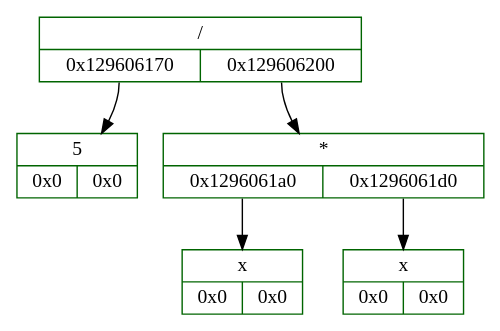
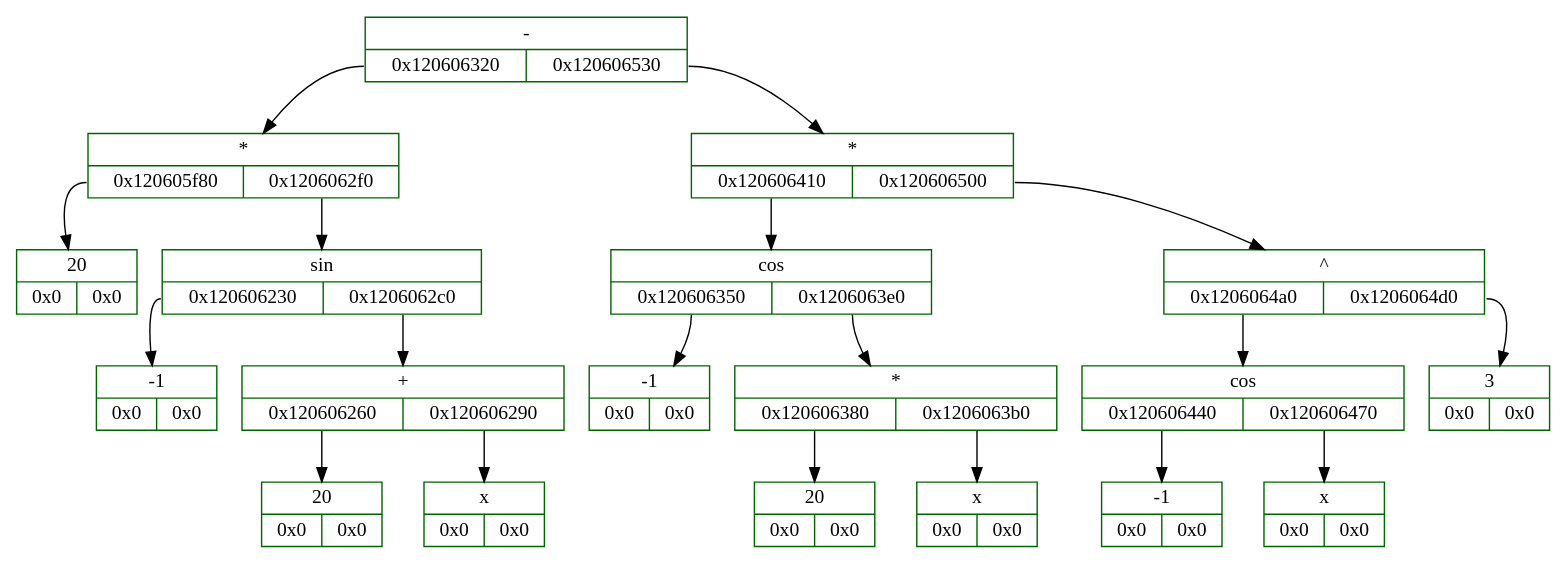
One commit to whiterno/differentiator changed the diagram in log/dump.dot. Above: the diagram before and after it, drawn with Graphviz. The commit also changed 19 other files, not shown here.

```diff
--- a/log/dump.dot
+++ b/log/dump.dot
@@ -1,13 +1,41 @@
 digraph D{
 	rankdir = TB
 
-	node_4989149792 [color = "darkgreen", style = "filled", shape = "record", fillcolor = "white", label = "{ /  | {<fl4989149792> 0x129606170 | <fr4989149792> 0x129606200}}"]
-	node_4989149792: <fl4989149792> -> node_4989149552 [color = "black", arrowhead = "normal", label = ""]
-	node_4989149552 [color = "darkgreen", style = "filled", shape = "record", fillcolor = "white", label = "{5  | {<fl4989149552> 0x0 | <fr4989149552> 0x0}}"]
-	node_4989149792: <fr4989149792> -> node_4989149696 [color = "black", arrowhead = "normal", label = ""]
-	node_4989149696 [color = "darkgreen", style = "filled", shape = "record", fillcolor = "white", label = "{ *  | {<fl4989149696> 0x1296061a0 | <fr4989149696> 0x1296061d0}}"]
-	node_4989149696: <fl4989149696> -> node_4989149600 [color = "black", arrowhead = "normal", label = ""]
-	node_4989149600 [color = "darkgreen", style = "filled", shape = "record", fillcolor = "white", label = "{x  | {<fl4989149600> 0x0 | <fr4989149600> 0x0}}"]
-	node_4989149696: <fr4989149696> -> node_4989149648 [color = "black", arrowhead = "normal", label = ""]
-	node_4989149648 [color = "darkgreen", style = "filled", shape = "record", fillcolor = "white", label = "{x  | {<fl4989149648> 0x0 | <fr4989149648> 0x0}}"]
+	node_4838155616 [color = "darkgreen", style = "filled", shape = "record", fillcolor = "white", label = "{ -  | {<fl4838155616> 0x120606320 | <fr4838155616> 0x120606530}}"]
+	node_4838155616: <fl4838155616> -> node_4838155040 [color = "black", arrowhead = "normal", label = ""]
+	node_4838155040 [color = "darkgreen", style = "filled", shape = "record", fillcolor = "white", label = "{ *  | {<fl4838155040> 0x120605f80 | <fr4838155040> 0x1206062f0}}"]
+	node_4838155040: <fl4838155040> -> node_4838154112 [color = "black", arrowhead = "normal", label = ""]
+	node_4838154112 [color = "darkgreen", style = "filled", shape = "record", fillcolor = "white", label = "{20  | {<fl4838154112> 0x0 | <fr4838154112> 0x0}}"]
+	node_4838155040: <fr4838155040> -> node_4838154992 [color = "black", arrowhead = "normal", label = ""]
+	node_4838154992 [color = "darkgreen", style = "filled", shape = "record", fillcolor = "white", label = "{ sin  | {<fl4838154992> 0x120606230 | <fr4838154992> 0x1206062c0}}"]
+	node_4838154992: <fl4838154992> -> node_4838154800 [color = "black", arrowhead = "normal", label = ""]
+	node_4838154800 [color = "darkgreen", style = "filled", shape = "record", fillcolor = "white", label = "{-1  | {<fl4838154800> 0x0 | <fr4838154800> 0x0}}"]
+	node_4838154992: <fr4838154992> -> node_4838154944 [color = "black", arrowhead = "normal", label = ""]
+	node_4838154944 [color = "darkgreen", style = "filled", shape = "record", fillcolor = "white", label = "{ +  | {<fl4838154944> 0x120606260 | <fr4838154944> 0x120606290}}"]
+	node_4838154944: <fl4838154944> -> node_4838154848 [color = "black", arrowhead = "normal", label = ""]
+	node_4838154848 [color = "darkgreen", style = "filled", shape = "record", fillcolor = "white", label = "{20  | {<fl4838154848> 0x0 | <fr4838154848> 0x0}}"]
+	node_4838154944: <fr4838154944> -> node_4838154896 [color = "black", arrowhead = "normal", label = ""]
+	node_4838154896 [color = "darkgreen", style = "filled", shape = "record", fillcolor = "white", label = "{x  | {<fl4838154896> 0x0 | <fr4838154896> 0x0}}"]
+	node_4838155616: <fr4838155616> -> node_4838155568 [color = "black", arrowhead = "normal", label = ""]
+	node_4838155568 [color = "darkgreen", style = "filled", shape = "record", fillcolor = "white", label = "{ *  | {<fl4838155568> 0x120606410 | <fr4838155568> 0x120606500}}"]
+	node_4838155568: <fl4838155568> -> node_4838155280 [color = "black", arrowhead = "normal", label = ""]
+	node_4838155280 [color = "darkgreen", style = "filled", shape = "record", fillcolor = "white", label = "{ cos  | {<fl4838155280> 0x120606350 | <fr4838155280> 0x1206063e0}}"]
+	node_4838155280: <fl4838155280> -> node_4838155088 [color = "black", arrowhead = "normal", label = ""]
+	node_4838155088 [color = "darkgreen", style = "filled", shape = "record", fillcolor = "white", label = "{-1  | {<fl4838155088> 0x0 | <fr4838155088> 0x0}}"]
+	node_4838155280: <fr4838155280> -> node_4838155232 [color = "black", arrowhead = "normal", label = ""]
+	node_4838155232 [color = "darkgreen", style = "filled", shape = "record", fillcolor = "white", label = "{ *  | {<fl4838155232> 0x120606380 | <fr4838155232> 0x1206063b0}}"]
+	node_4838155232: <fl4838155232> -> node_4838155136 [color = "black", arrowhead = "normal", label = ""]
+	node_4838155136 [color = "darkgreen", style = "filled", shape = "record", fillcolor = "white", label = "{20  | {<fl4838155136> 0x0 | <fr4838155136> 0x0}}"]
+	node_4838155232: <fr4838155232> -> node_4838155184 [color = "black", arrowhead = "normal", label = ""]
+	node_4838155184 [color = "darkgreen", style = "filled", shape = "record", fillcolor = "white", label = "{x  | {<fl4838155184> 0x0 | <fr4838155184> 0x0}}"]
+	node_4838155568: <fr4838155568> -> node_4838155520 [color = "black", arrowhead = "normal", label = ""]
+	node_4838155520 [color = "darkgreen", style = "filled", shape = "record", fillcolor = "white", label = "{ ^  | {<fl4838155520> 0x1206064a0 | <fr4838155520> 0x1206064d0}}"]
+	node_4838155520: <fl4838155520> -> node_4838155424 [color = "black", arrowhead = "normal", label = ""]
+	node_4838155424 [color = "darkgreen", style = "filled", shape = "record", fillcolor = "white", label = "{ cos  | {<fl4838155424> 0x120606440 | <fr4838155424> 0x120606470}}"]
+	node_4838155424: <fl4838155424> -> node_4838155328 [color = "black", arrowhead = "normal", label = ""]
+	node_4838155328 [color = "darkgreen", style = "filled", shape = "record", fillcolor = "white", label = "{-1  | {<fl4838155328> 0x0 | <fr4838155328> 0x0}}"]
+	node_4838155424: <fr4838155424> -> node_4838155376 [color = "black", arrowhead = "normal", label = ""]
+	node_4838155376 [color = "darkgreen", style = "filled", shape = "record", fillcolor = "white", label = "{x  | {<fl4838155376> 0x0 | <fr4838155376> 0x0}}"]
+	node_4838155520: <fr4838155520> -> node_4838155472 [color = "black", arrowhead = "normal", label = ""]
+	node_4838155472 [color = "darkgreen", style = "filled", shape = "record", fillcolor = "white", label = "{3  | {<fl4838155472> 0x0 | <fr4838155472> 0x0}}"]
 }
```
